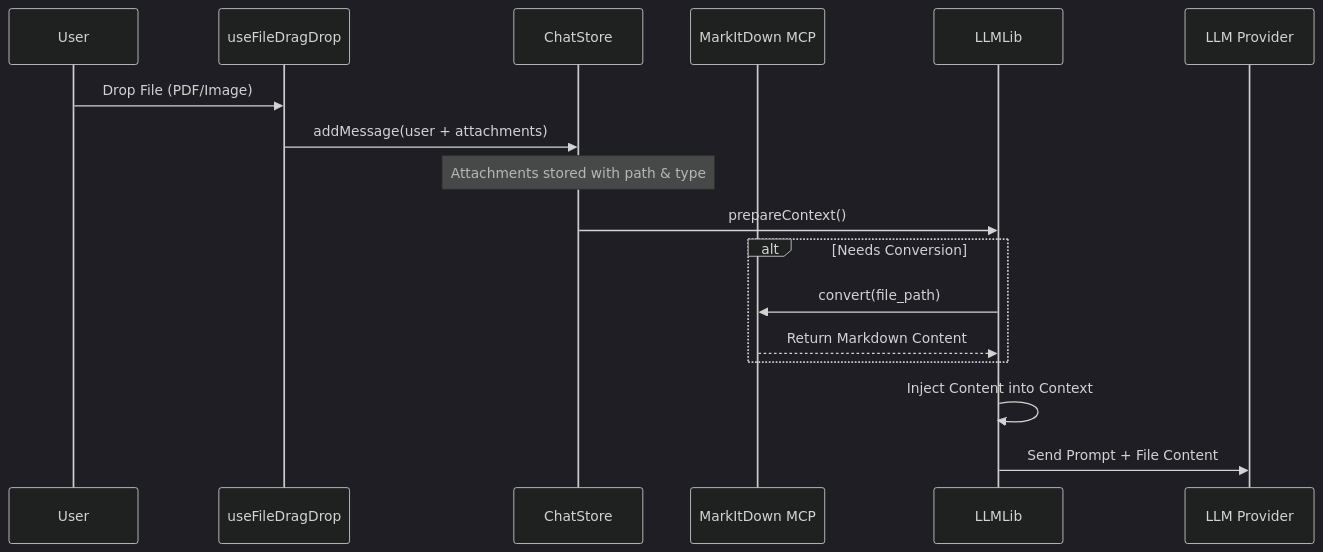
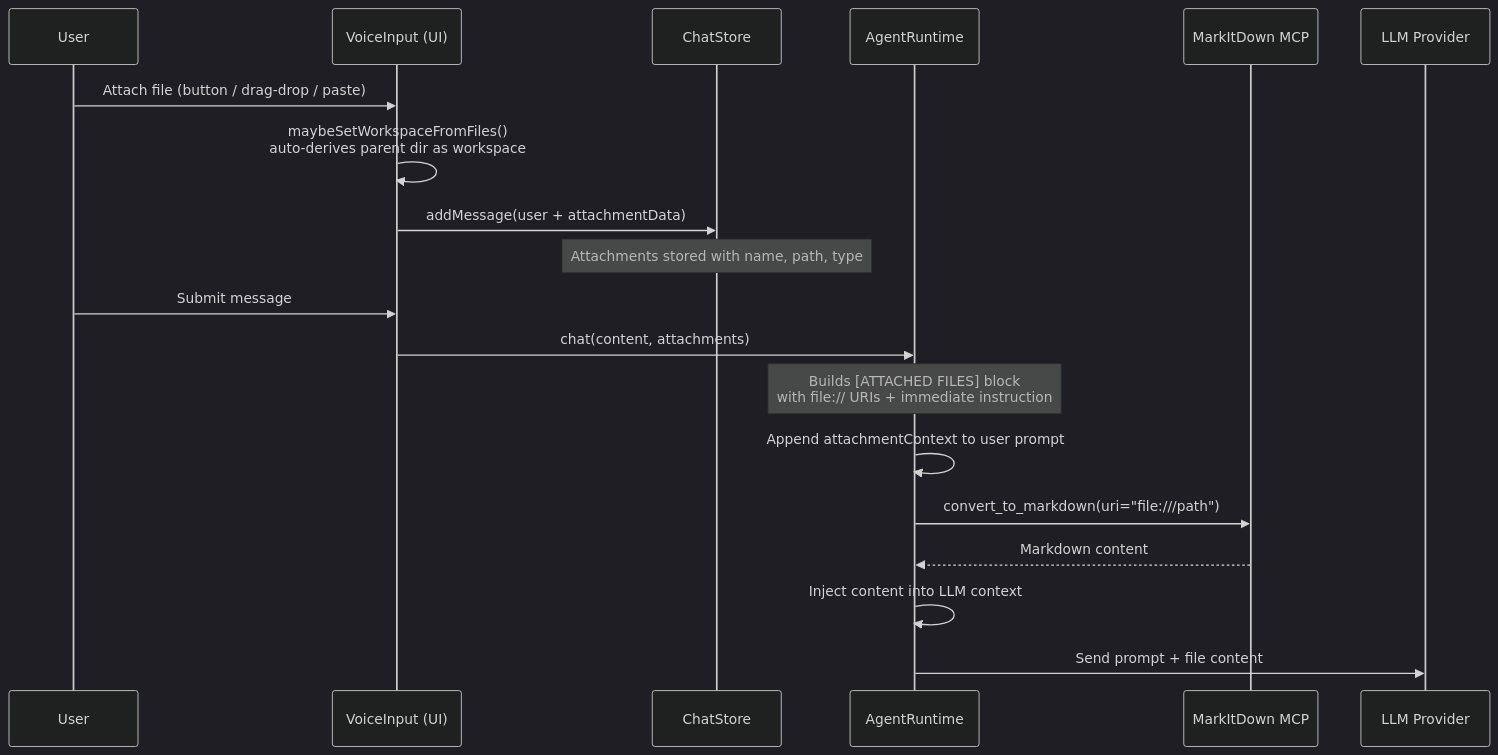
The eighth of 32 diagrams in architecture.md (meharajM/ai-worker.app), drawn with Mermaid (dark theme) before and after one commit. The commit also changed other lines of this file and 9 other files, not shown here.

````diff
--- a/architecture.md
+++ b/architecture.md
@@ -320,22 +322,24 @@
 ```mermaid
 sequenceDiagram
     participant User
-    participant DragDrop as useFileDragDrop
+    participant VoiceInput as VoiceInput (UI)
     participant ChatStore
+    participant AgentRuntime
     participant MarkItDown as MarkItDown MCP
-    participant LLMLib
 
-    User->>DragDrop: Drop File (PDF/Image)
-    DragDrop->>ChatStore: addMessage(user + attachments)
-    Note over ChatStore: Attachments stored with path & type
-    
-    ChatStore->>LLMLib: prepareContext()
-    
-    alt Needs Conversion
-        LLMLib->>MarkItDown: convert(file_path)
-        MarkItDown-->>LLMLib: Return Markdown Content
-    end
+    User->>VoiceInput: Attach file (button / drag-drop / paste)
+    VoiceInput->>VoiceInput: maybeSetWorkspaceFromFiles()<br/>auto-derives parent dir as workspace
+    VoiceInput->>ChatStore: addMessage(user + attachmentData)
+    Note over ChatStore: Attachments stored with name, path, type
 
-    LLMLib->>LLMLib: Inject Content into Context
-    LLMLib->>LLM Provider: Send Prompt + File Content
+    User->>VoiceInput: Submit message
+    VoiceInput->>AgentRuntime: chat(content, attachments)
+
+    Note over AgentRuntime: Builds [ATTACHED FILES] block<br/>with file:// URIs + immediate instruction
+    AgentRuntime->>AgentRuntime: Append attachmentContext to user prompt
+
+    AgentRuntime->>MarkItDown: convert_to_markdown(uri="file:///path")
+    MarkItDown-->>AgentRuntime: Markdown content
+    AgentRuntime->>AgentRuntime: Inject content into LLM context
+    AgentRuntime->>LLM Provider: Send prompt + file content
 ```
````
